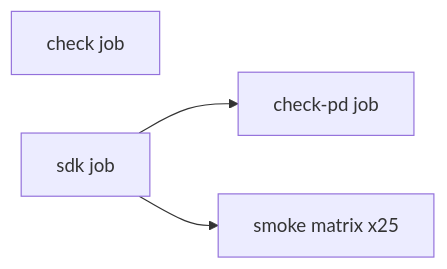
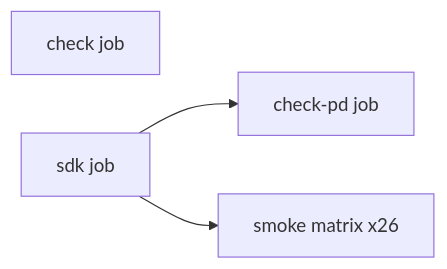
One commit to julerex/lerux changed the diagram in docs/ci.md. Above: the diagram before and after it, drawn with Mermaid. The commit also changed other lines of this file and 23 other files, not shown here.

````diff
--- a/docs/ci.md
+++ b/docs/ci.md
@@ -12,9 +12,9 @@
 ```mermaid
 flowchart LR
   check[check job]
   sdk[sdk job]
   checkPd[check-pd job]
-  smoke[smoke matrix x25]
+  smoke[smoke matrix x26]
   sdk --> checkPd
   sdk --> smoke
 ```
````
